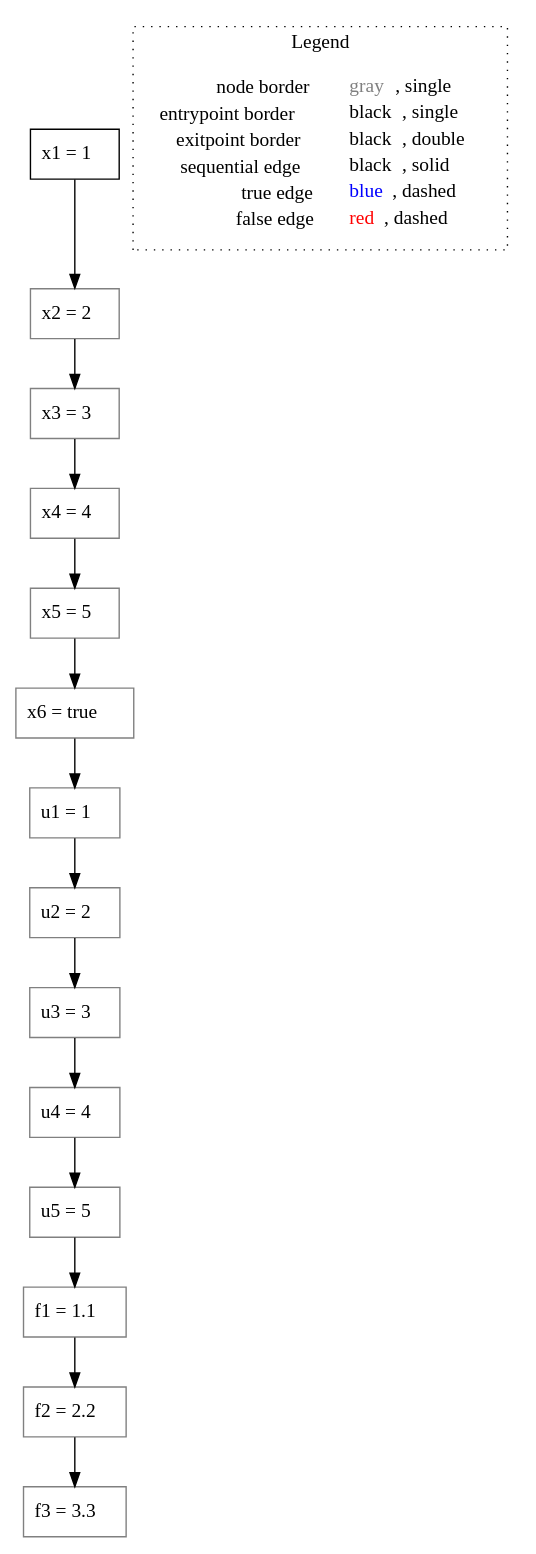
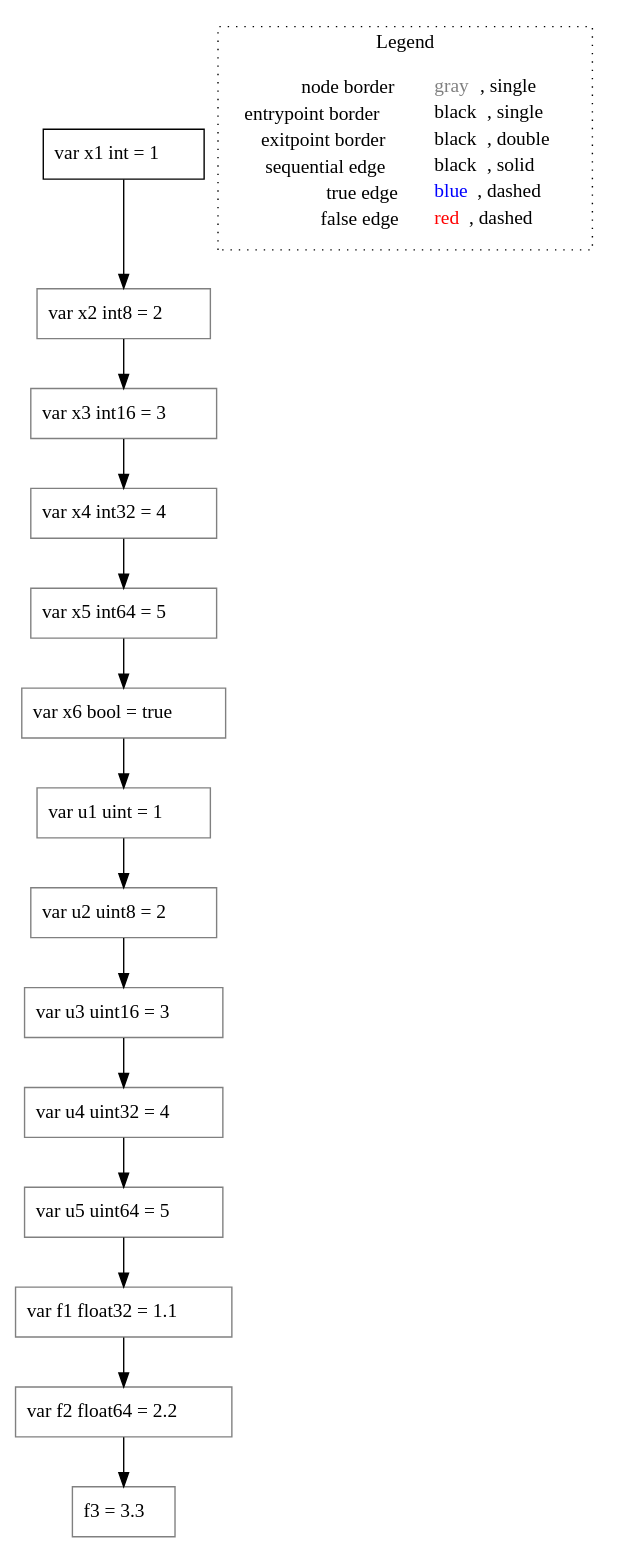
Before and after one commit to lisa-analyzer/go-lisa: the diagram in go-lisa/test-outputs/cfg/types/untyped_~LiSAProgram.types().dot, drawn with Graphviz. The commit also changed 21 other files, not shown here.

```diff
--- a/go-lisa/test-outputs/cfg/types/untyped_~LiSAProgram.types().dot
+++ b/go-lisa/test-outputs/cfg/types/untyped_~LiSAProgram.types().dot
@@ -1,36 +1,36 @@
 digraph {
-	"node0" [shape="rect",color="black",label=<x1 = 1>];
-	"node1" [shape="rect",color="gray",label=<x6 = true>];
-	"node2" [shape="rect",color="gray",label=<f1 = 1.1>];
-	"node3" [shape="rect",color="gray",label=<x2 = 2>];
-	"node4" [shape="rect",color="gray",label=<u1 = 1>];
-	"node5" [shape="rect",color="gray",label=<x3 = 3>];
-	"node6" [shape="rect",color="gray",label=<f3 = 3.3>];
-	"node7" [shape="rect",color="gray",label=<x4 = 4>];
-	"node8" [shape="rect",color="gray",label=<u4 = 4>];
-	"node9" [shape="rect",color="gray",label=<u5 = 5>];
-	"node10" [shape="rect",color="gray",label=<u2 = 2>];
-	"node11" [shape="rect",color="gray",label=<u3 = 3>];
-	"node12" [shape="rect",color="gray",label=<f2 = 2.2>];
-	"node13" [shape="rect",color="gray",label=<x5 = 5>];
-	"node1" -> "node4" [color="black"];
-	"node2" -> "node12" [color="black"];
-	"node3" -> "node5" [color="black"];
-	"node4" -> "node10" [color="black"];
-	"node5" -> "node7" [color="black"];
+	"node0" [shape="rect",color="black",label=<var x1 int = 1>];
+	"node1" [shape="rect",color="gray",label=<var f1 float32 = 1.1>];
+	"node2" [shape="rect",color="gray",label=<var x5 int64 = 5>];
+	"node3" [shape="rect",color="gray",label=<var x2 int8 = 2>];
+	"node4" [shape="rect",color="gray",label=<var u4 uint32 = 4>];
+	"node5" [shape="rect",color="gray",label=<var x6 bool = true>];
+	"node6" [shape="rect",color="gray",label=<var u5 uint64 = 5>];
+	"node7" [shape="rect",color="gray",label=<var f2 float64 = 2.2>];
+	"node8" [shape="rect",color="gray",label=<var u1 uint = 1>];
+	"node9" [shape="rect",color="gray",label=<f3 = 3.3>];
+	"node10" [shape="rect",color="gray",label=<var u2 uint8 = 2>];
+	"node11" [shape="rect",color="gray",label=<var x4 int32 = 4>];
+	"node12" [shape="rect",color="gray",label=<var u3 uint16 = 3>];
+	"node13" [shape="rect",color="gray",label=<var x3 int16 = 3>];
+	"node1" -> "node7" [color="black"];
+	"node2" -> "node5" [color="black"];
+	"node3" -> "node13" [color="black"];
+	"node4" -> "node6" [color="black"];
+	"node5" -> "node8" [color="black"];
+	"node6" -> "node1" [color="black"];
+	"node7" -> "node9" [color="black"];
+	"node8" -> "node10" [color="black"];
+	"node10" -> "node12" [color="black"];
+	"node11" -> "node2" [color="black"];
+	"node12" -> "node4" [color="black"];
 	"node0" -> "node3" [color="black"];
-	"node7" -> "node13" [color="black"];
-	"node8" -> "node9" [color="black"];
-	"node9" -> "node2" [color="black"];
-	"node10" -> "node11" [color="black"];
-	"node11" -> "node8" [color="black"];
-	"node12" -> "node6" [color="black"];
-	"node13" -> "node1" [color="black"];
+	"node13" -> "node11" [color="black"];
 subgraph cluster_legend {
 	label="Legend";
 	style=dotted;
 	node [shape=plaintext];
 	"legend" [label=<<table border="0" cellpadding="2" cellspacing="0" cellborder="0"><tr><td align="right">node border&nbsp;</td><td align="left"><font color="gray">gray</font>, single</td></tr><tr><td align="right">entrypoint border&nbsp;</td><td align="left"><font color="black">black</font>, single</td></tr><tr><td align="right">exitpoint border&nbsp;</td><td align="left"><font color="black">black</font>, double</td></tr><tr><td align="right">sequential edge&nbsp;</td><td align="left"><font color="black">black</font>, solid</td></tr><tr><td align="right">true edge&nbsp;</td><td align="left"><font color="blue">blue</font>, dashed</td></tr><tr><td align="right">false edge&nbsp;</td><td align="left"><font color="red">red</font>, dashed</td></tr></table>>];
 }
 
 }
```
